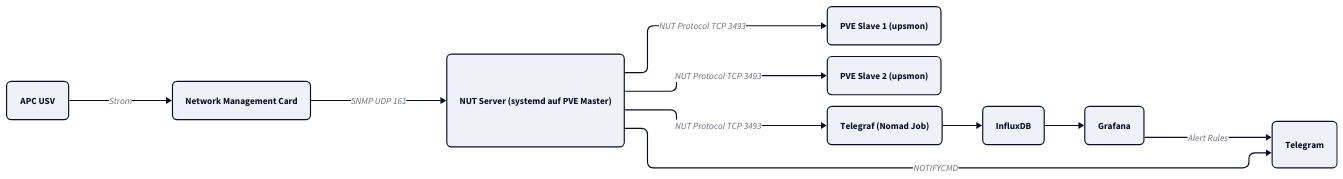
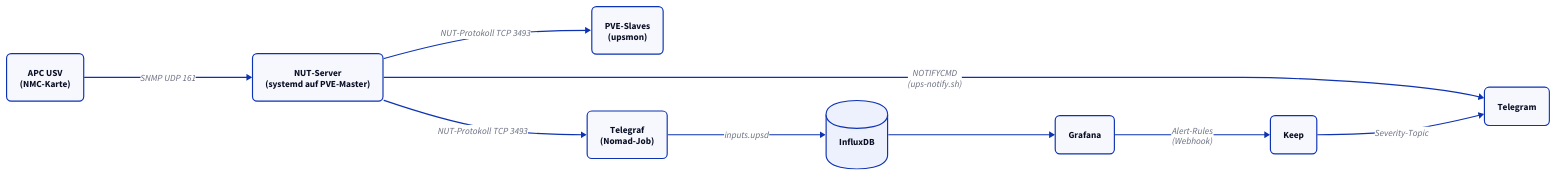
The first of 2 diagrams in docs/ups/index.md (derever-labs/homelab-wiki), drawn with D2 before and after one commit. The commit also changed other lines of this file and 8 other files, not shown here.

````diff
--- a/docs/ups/index.md
+++ b/docs/ups/index.md
@@ -26,30 +26,26 @@
 ```d2
-vars: {
-  d2-config: {
-    theme-id: 1
-    layout-engine: elk
-  }
+direction: right
+
+classes: {
+  node: { style: { border-radius: 8 } }
+  db: { shape: cylinder }
 }
 
-direction: right
+usv: "APC USV\n(NMC-Karte)" { class: node }
+nut: "NUT-Server\n(systemd auf PVE-Master)" { class: node }
+slaves: "PVE-Slaves\n(upsmon)" { class: node }
+tel: "Telegraf\n(Nomad-Job)" { class: node }
+influx: InfluxDB { class: db }
+graf: Grafana { class: node }
+keep: Keep { class: node }
+tg: Telegram { class: node }
 
-USV: "APC USV" { style.border-radius: 8 }
-NMC: "Network Management Card" { style.border-radius: 8 }
-NUT: "NUT Server (systemd auf PVE Master)" { style.border-radius: 8 }
-SLAVE1: "PVE Slave 1 (upsmon)" { style.border-radius: 8 }
-SLAVE2: "PVE Slave 2 (upsmon)" { style.border-radius: 8 }
-TEL: "Telegraf (Nomad Job)" { style.border-radius: 8 }
-INFLUX: InfluxDB { style.border-radius: 8 }
-GRAF: Grafana { style.border-radius: 8 }
-TG: Telegram { style.border-radius: 8 }
-
-USV -> NMC: Strom
-NMC -> NUT: "SNMP UDP 161"
-NUT -> SLAVE1: "NUT Protocol TCP 3493"
-NUT -> SLAVE2: "NUT Protocol TCP 3493"
-NUT -> TEL: "NUT Protocol TCP 3493"
-NUT -> TG: NOTIFYCMD
-TEL -> INFLUX
-INFLUX -> GRAF
-GRAF -> TG: "Alert Rules"
+usv -> nut: "SNMP UDP 161"
+nut -> slaves: "NUT-Protokoll TCP 3493"
+nut -> tel: "NUT-Protokoll TCP 3493"
+nut -> tg: "NOTIFYCMD\n(ups-notify.sh)"
+tel -> influx: inputs.upsd
+influx -> graf
+graf -> keep: "Alert-Rules\n(Webhook)"
+keep -> tg: Severity-Topic
 ```
````
